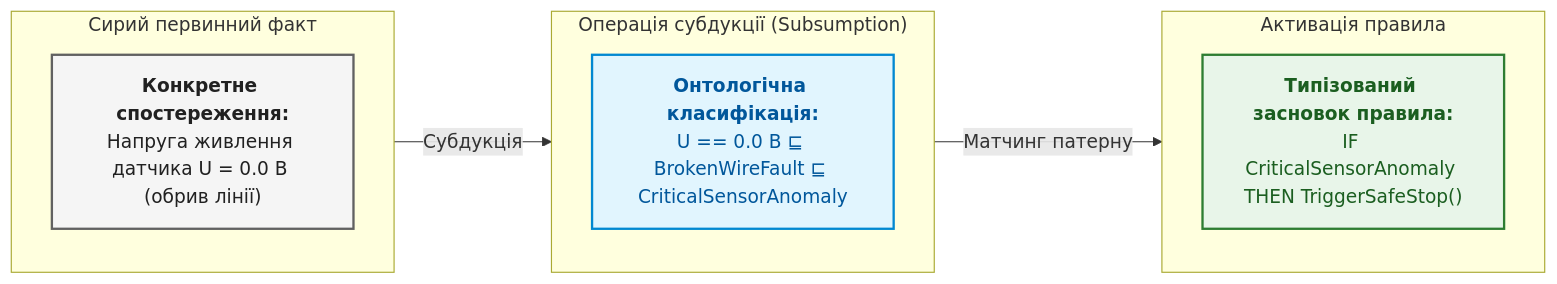
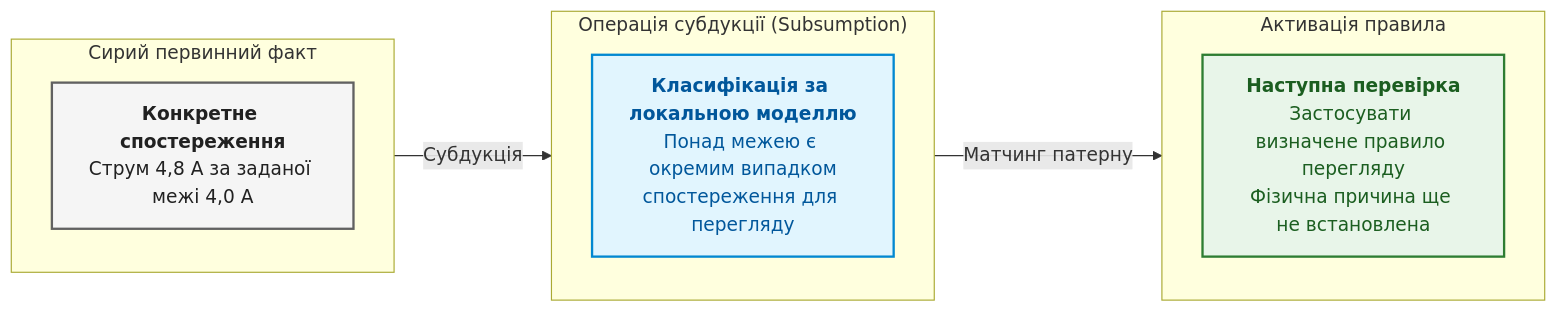
The first of 13 diagrams in ExpertSystem/ch06-applied-mathematics-for-expert-systems.md (nick-fedchik/articles), drawn with Mermaid before and after one commit. The commit also changed other lines of this file and 19 other files, not shown here.

````diff
--- a/ExpertSystem/ch06-applied-mathematics-for-expert-systems.md
+++ b/ExpertSystem/ch06-applied-mathematics-for-expert-systems.md
@@ -460,30 +488,30 @@
 ```mermaid
 flowchart LR
     accTitle: Субдукція (підведення під поняття)
     accDescr: Субдукція відносить конкретний факт до онтологічного класу, створюючи передумову для спрацювання дедуктивного правила.
 
     subgraph Fact["Сирий первинний факт"]
         direction TB
-        F1["<b>Конкретне спостереження:</b><br/>Напруга живлення датчика U = 0.0 В (обрив лінії)"]
+        F1["<b>Конкретне спостереження</b><br/>Струм 4,8 А за заданої межі 4,0 А"]
     end
 
     subgraph Subsumption["Операція субдукції (Subsumption)"]
         direction TB
-        S_OP["<b>Онтологічна класифікація:</b><br/>U == 0.0 В ⊑ BrokenWireFault ⊑ CriticalSensorAnomaly"]
+        S_OP["<b>Класифікація за локальною моделлю</b><br/>Понад межею є окремим випадком<br/>спостереження для перегляду"]
     end
 
     subgraph Matched["Активація правила"]
         direction TB
-        R_ACT["<b>Типізований засновок правила:</b><br/>IF CriticalSensorAnomaly THEN TriggerSafeStop()"]
+        R_ACT["<b>Наступна перевірка</b><br/>Застосувати визначене правило перегляду<br/>Фізична причина ще не встановлена"]
     end
 
     Fact -->|Субдукція| Subsumption
     Subsumption -->|Матчинг патерну| Matched
 
     classDef f fill:#f5f5f5,stroke:#616161,stroke-width:2px,color:#212121;
     classDef s fill:#e1f5fe,stroke:#0288d1,stroke-width:2px,color:#01579b;
     classDef m fill:#e8f5e9,stroke:#2e7d32,stroke-width:2px,color:#1b5e20;
     class F1 f;
     class S_OP s;
     class R_ACT m;
 ```
````
